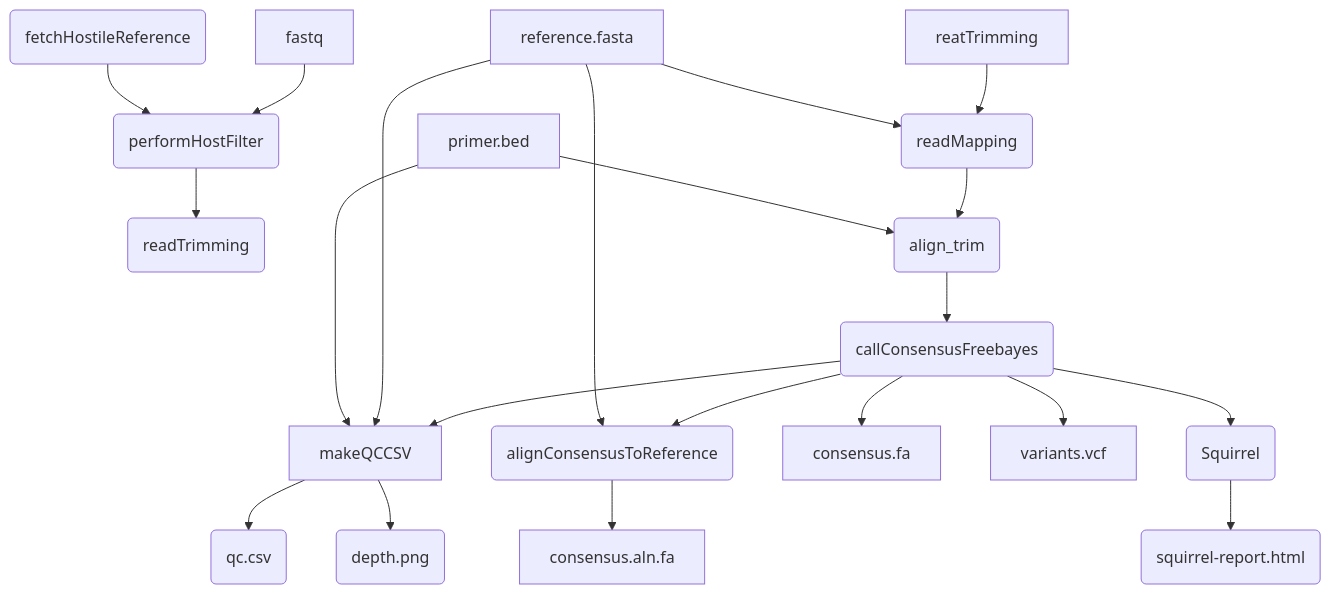
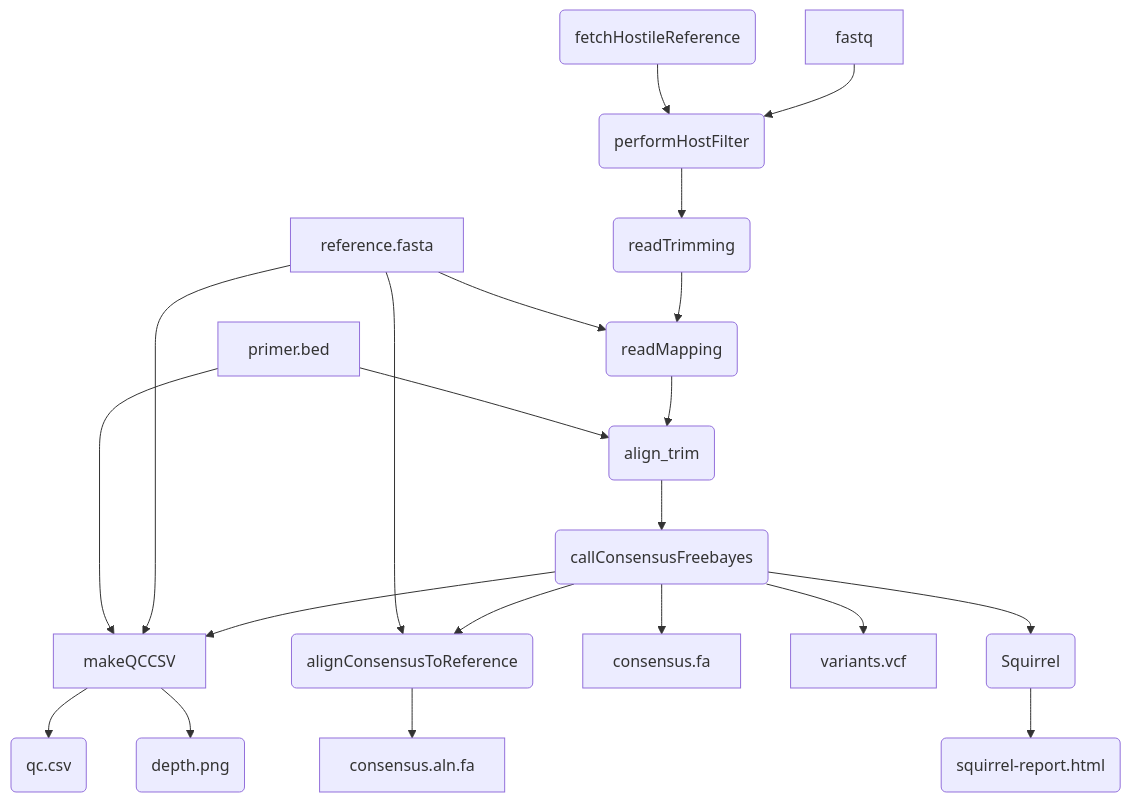
Before and after one commit to artic-network/artic-mpxv-illumina-nf: the diagram in README.md, drawn with Mermaid.

Commit message:
Fix mermaid plot

````diff
--- a/README.md
+++ b/README.md
@@ -8,27 +8,27 @@
 ```mermaid
 flowchart TD
   ref[reference.fasta]
   primers[primer.bed]
   fastq[fastq]
   fetchHostileReference(fetchHostileReference)
   fastq --> performHostFilter
   fetchHostileReference --> performHostFilter
   performHostFilter(performHostFilter) --> readTrimming(readTrimming)
-  reatTrimming --> readMapping(readMapping)
+  readTrimming --> readMapping(readMapping)
   ref --> readMapping(readMapping)
   readMapping(readMapping) --> align_trim(align_trim)
   primers --> align_trim(align_trim)
   align_trim(align_trim) --> callConsensusFreebayes(callConsensusFreebayes)
   callConsensusFreebayes(callConsensusFreebayes) --> alignConsensusToReference(alignConsensusToReference)
   ref --> alignConsensusToReference
   alignConsensusToReference --> consensusAlignment[consensus.aln.fa]
   callConsensusFreebayes --> makeQCCSV
   callConsensusFreebayes --> consensus[consensus.fa]
   callConsensusFreebayes --> variants[variants.vcf]
   callConsensusFreebayes --> Squirrel(Squirrel)
   ref --> makeQCCSV
   primers --> makeQCCSV
   makeQCCSV --> qcCSV(qc.csv)
   makeQCCSV --> depthPNG(depth.png)
   Squirrel --> SquirrelReport(squirrel-report.html)
 ```
````
